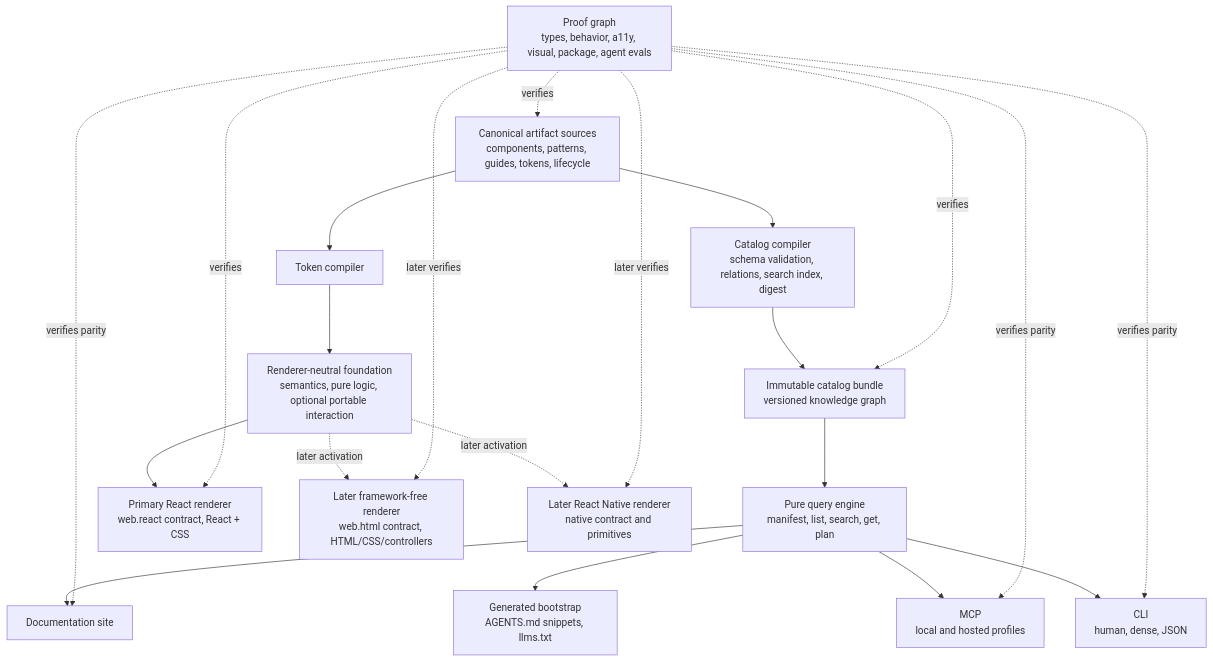
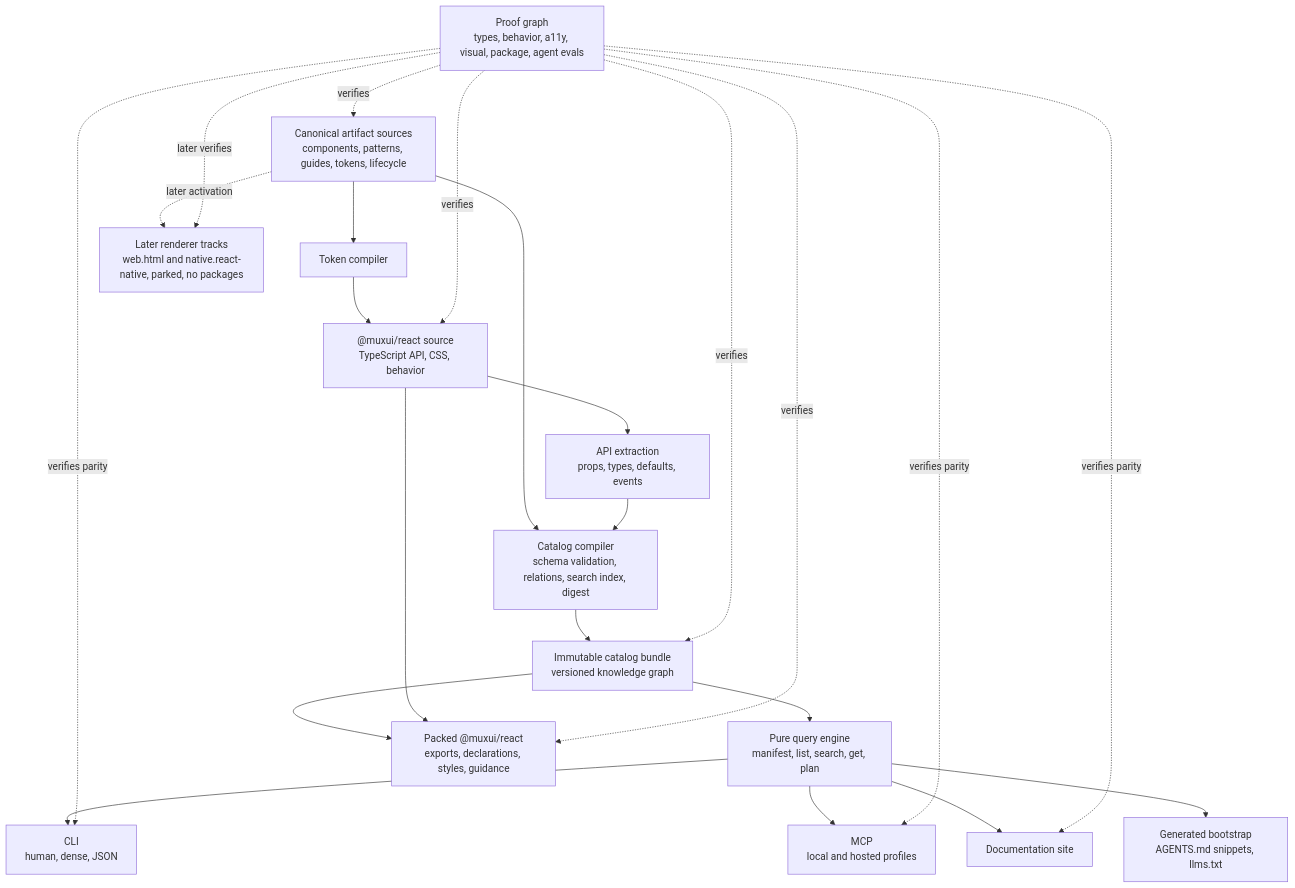
One commit to ndrewtran/muxui changed the first of 2 diagrams in strategy/monorepo-architecture.md. Above: the diagram before and after it, drawn with Mermaid. The commit also changed other lines of this file and 2 other files, not shown here.

First line of the commit message:
docs(strategy): apply Decision 0031 to Architecture, the Roadmap, and Product Scope

````diff
--- a/strategy/monorepo-architecture.md
+++ b/strategy/monorepo-architecture.md
@@ -170,39 +175,39 @@
 ```mermaid
 flowchart TD
   sources["Canonical artifact sources\ncomponents, patterns, guides, tokens, lifecycle"]
+  tokens["Token compiler"]
+  react["@muxui/react source\nTypeScript API, CSS, behavior"]
+  extract["API extraction\nprops, types, defaults, events"]
   compiler["Catalog compiler\nschema validation, relations, search index, digest"]
   catalog["Immutable catalog bundle\nversioned knowledge graph"]
   query["Pure query engine\nmanifest, list, search, get, plan"]
-
-  tokens["Token compiler"]
-  foundation["Renderer-neutral foundation\nsemantics, pure logic, optional portable interaction"]
-  react["Primary React renderer\nweb.react contract, React + CSS"]
-  web["Later framework-free renderer\nweb.html contract, HTML/CSS/controllers"]
-  native["Later React Native renderer\nnative contract and primitives"]
+  package["Packed @muxui/react\nexports, declarations, styles, guidance"]
+  later["Later renderer tracks\nweb.html and native.react-native, parked, no packages"]
 
   cli["CLI\nhuman, dense, JSON"]
   mcp["MCP\nlocal and hosted profiles"]
   site["Documentation site"]
   context["Generated bootstrap\nAGENTS.md snippets, llms.txt"]
   proof["Proof graph\ntypes, behavior, a11y, visual, package, agent evals"]
 
   sources --> compiler --> catalog --> query
-  sources --> tokens --> foundation
-  foundation --> react
-  foundation -. later activation .-> web
-  foundation -. later activation .-> native
+  sources --> tokens --> react
+  react --> extract --> compiler
+  catalog --> package
+  react --> package
+  sources -. later activation .-> later
 
   query --> cli
   query --> mcp
   query --> site
   query --> context
 
   proof -. verifies .-> sources
   proof -. verifies .-> catalog
   proof -. verifies .-> react
-  proof -. later verifies .-> web
-  proof -. later verifies .-> native
+  proof -. verifies .-> package
+  proof -. later verifies .-> later
   proof -. verifies parity .-> cli
   proof -. verifies parity .-> mcp
   proof -. verifies parity .-> site
 ```
````
